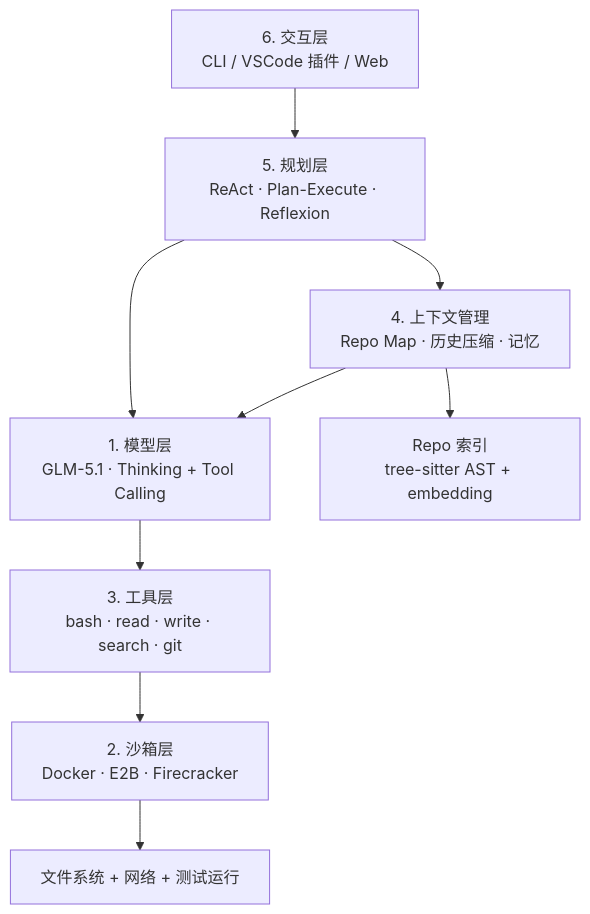
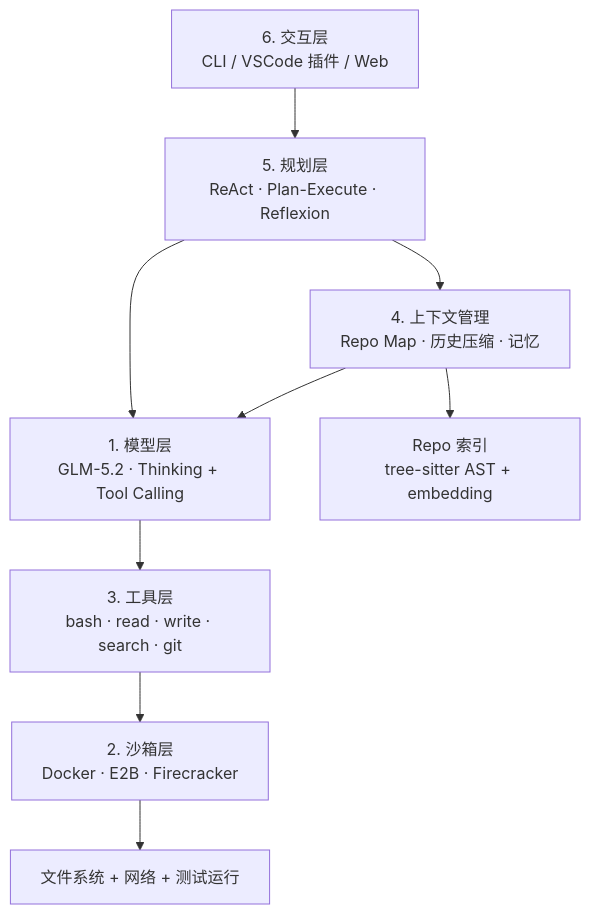
The first of 2 diagrams in phase8_agent_apps.md (sqhuang/coding-llm-handbook), drawn with Mermaid before and after one commit. The commit also changed other lines of this file and 31 other files, not shown here.

````diff
--- a/phase8_agent_apps.md
+++ b/phase8_agent_apps.md
@@ -42,19 +42,19 @@
 ```mermaid
 flowchart TB
   UI["6. 交互层<br/>CLI / VSCode 插件 / Web"]
   PLAN["5. 规划层<br/>ReAct · Plan-Execute · Reflexion"]
   CTX["4. 上下文管理<br/>Repo Map · 历史压缩 · 记忆"]
-  MODEL["1. 模型层<br/>GLM-5.1 · Thinking + Tool Calling"]
+  MODEL["1. 模型层<br/>GLM-5.2 · Thinking + Tool Calling"]
   TOOL["3. 工具层<br/>bash · read · write · search · git"]
   SB["2. 沙箱层<br/>Docker · E2B · Firecracker"]
   FS["文件系统 + 网络 + 测试运行"]
   IDX["Repo 索引<br/>tree-sitter AST + embedding"]
   UI --> PLAN
   PLAN --> CTX
   PLAN --> MODEL
   CTX --> MODEL
   MODEL --> TOOL
   TOOL --> SB
   SB --> FS
   CTX --> IDX
 ```
````
